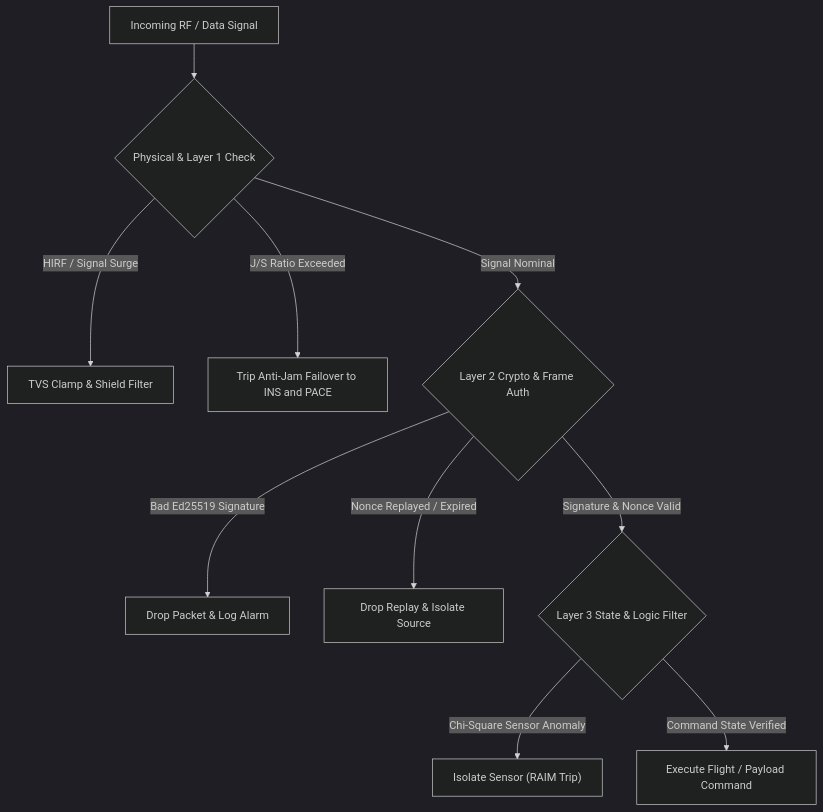
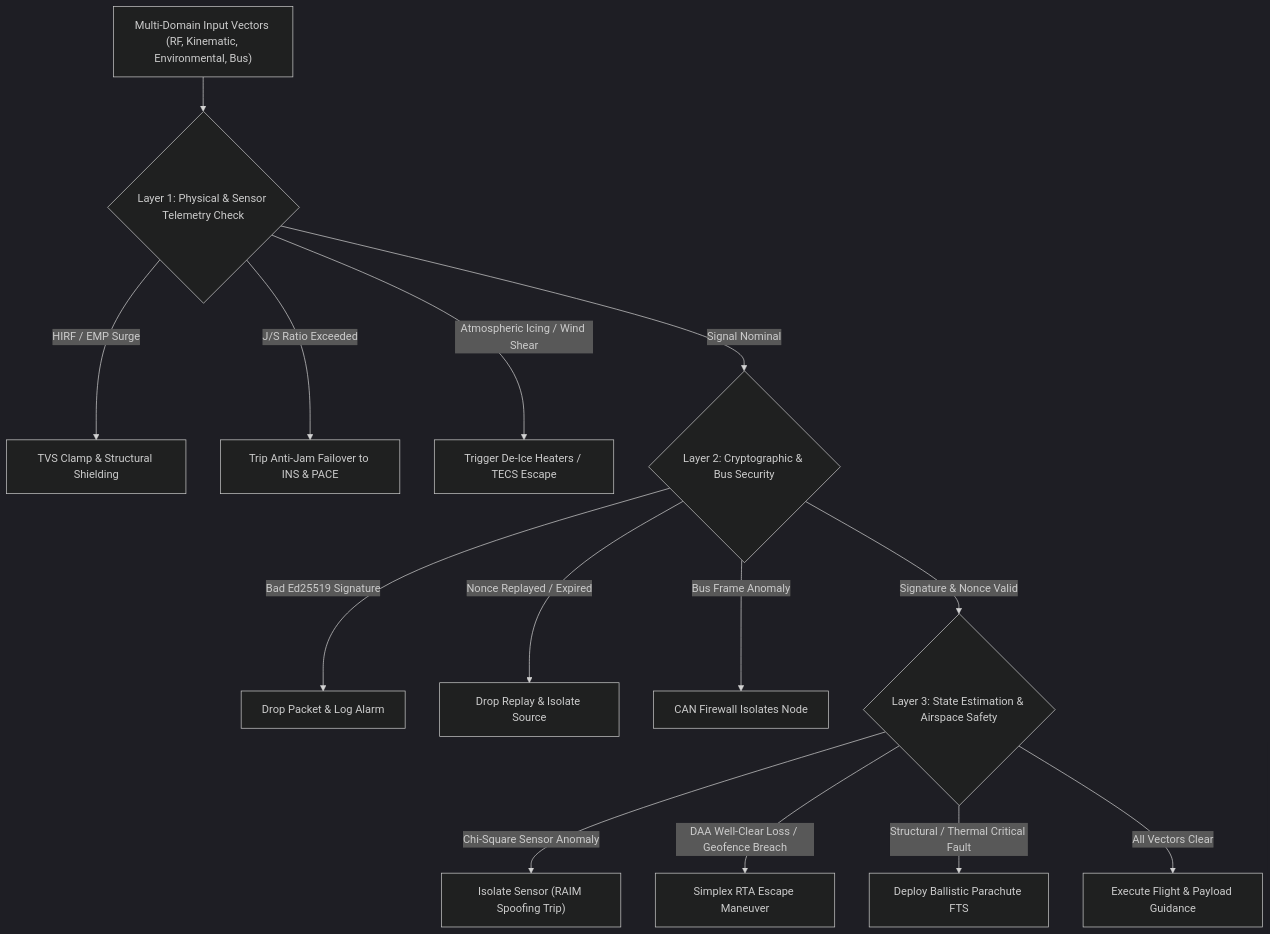
One commit to gintatkinson/uav-13 changed the fourth of 6 diagrams in docs/catalogs/MISSION_OPERATIONS_CATALOG.md. Above: the diagram before and after it, drawn with Mermaid (dark theme). The commit also changed other lines of this file and 1 other file, not shown here.

Commit message:
feat(catalogs): unify cross-catalog multi-domain threat derivation schema (UAS #76)

````diff
--- a/docs/catalogs/MISSION_OPERATIONS_CATALOG.md
+++ b/docs/catalogs/MISSION_OPERATIONS_CATALOG.md
@@ -209,15 +320,19 @@
 ```mermaid
 flowchart TD
-    RF_In["Incoming RF / Data Signal"] --> PHY_Check{"Physical & Layer 1 Check"}
+    RF_In["Multi-Domain Input Vectors (RF, Kinematic, Environmental, Bus)"] --> PHY_Check{"Layer 1: Physical & Sensor Telemetry Check"}
 
-    PHY_Check -->|"HIRF / Signal Surge"| Surge_Clamp["TVS Clamp & Shield Filter"]
-    PHY_Check -->|"J/S Ratio Exceeded"| EW_Failover["Trip Anti-Jam Failover to INS and PACE"]
-    PHY_Check -->|"Signal Nominal"| L2_Crypto{"Layer 2 Crypto & Frame Auth"}
+    PHY_Check -->|"HIRF / EMP Surge"| Surge_Clamp["TVS Clamp & Structural Shielding"]
+    PHY_Check -->|"J/S Ratio Exceeded"| EW_Failover["Trip Anti-Jam Failover to INS & PACE"]
+    PHY_Check -->|"Atmospheric Icing / Wind Shear"| Env_Mitigate["Trigger De-Ice Heaters / TECS Escape"]
+    PHY_Check -->|"Signal Nominal"| L2_Crypto{"Layer 2: Cryptographic & Bus Security"}
 
     L2_Crypto -->|"Bad Ed25519 Signature"| Drop_Pkt["Drop Packet & Log Alarm"]
     L2_Crypto -->|"Nonce Replayed / Expired"| Drop_Replay["Drop Replay & Isolate Source"]
-    L2_Crypto -->|"Signature & Nonce Valid"| L3_Integrity{"Layer 3 State & Logic Filter"}
+    L2_Crypto -->|"Bus Frame Anomaly"| Bus_Firewall["CAN Firewall Isolates Node"]
+    L2_Crypto -->|"Signature & Nonce Valid"| L3_Integrity{"Layer 3: State Estimation & Airspace Safety"}
 
-    L3_Integrity -->|"Chi-Square Sensor Anomaly"| Isolate_Sensor["Isolate Sensor (RAIM Trip)"]
-    L3_Integrity -->|"Command State Verified"| Execute_Cmd["Execute Flight / Payload Command"]
+    L3_Integrity -->|"Chi-Square Sensor Anomaly"| Isolate_Sensor["Isolate Sensor (RAIM Spoofing Trip)"]
+    L3_Integrity -->|"DAA Well-Clear Loss / Geofence Breach"| Simplex_RTA["Simplex RTA Escape Maneuver"]
+    L3_Integrity -->|"Structural / Thermal Critical Fault"| FTS_Parachute["Deploy Ballistic Parachute FTS"]
+    L3_Integrity -->|"All Vectors Clear"| Execute_Cmd["Execute Flight & Payload Guidance"]
 ```
````
